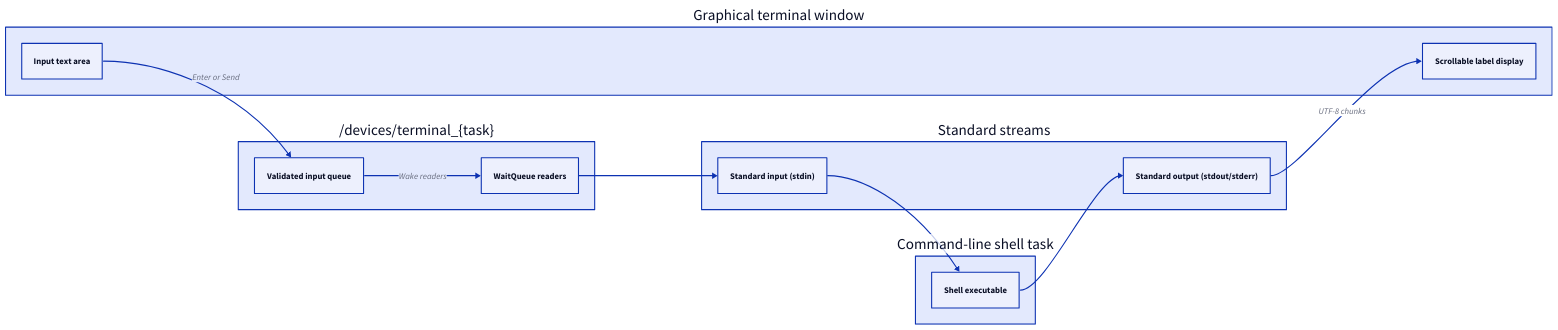
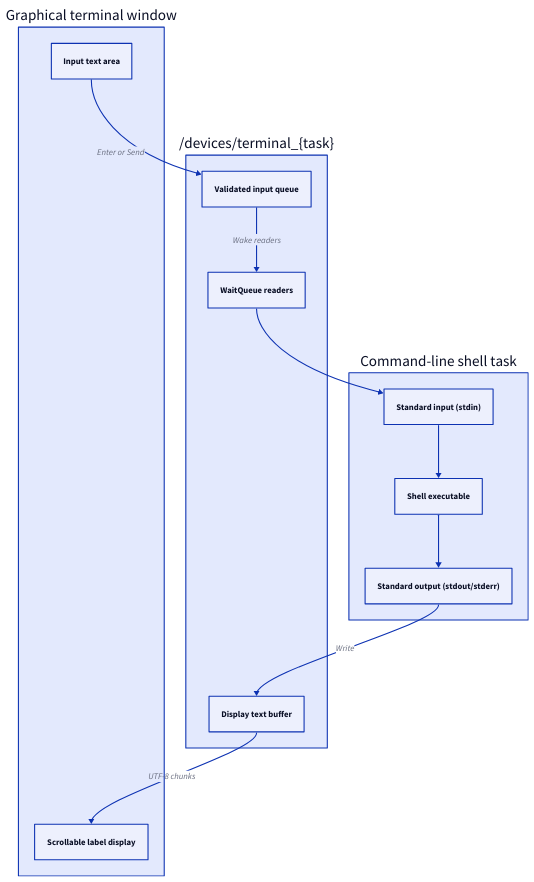
Before and after one commit to xila-project/website: the diagram in src/content/docs/explanation/architecture/executables/terminal.mdx, drawn with D2. The commit also changed 6 other files, not shown here.

First line of the commit message:
docs(diagrams): fix the layout and the classes of the executables diagrams

````diff
--- a/src/content/docs/explanation/architecture/executables/terminal.mdx
+++ b/src/content/docs/explanation/architecture/executables/terminal.mdx
@@ -31,30 +31,29 @@
-```d2 title="Data flow between the terminal window, the character device, the standard streams, and the shell task"
-direction: right
+```d2 title="Data flow between the terminal window, the character device, and the shell task"
+direction: down
 
 gui: Graphical terminal window {
   class: layer
   input: Input text area { class: io }
   display: Scrollable label display { class: io }
 }
 device: "/devices/terminal_{task}" {
   class: layer
   queue: Validated input queue { class: component }
   waiters: WaitQueue readers { class: component }
-}
-streams: Standard streams {
-  class: layer
-  stdin: "Standard input (stdin)" { class: io }
-  stdout: "Standard output (stdout/stderr)" { class: io }
+  buffer: Display text buffer { class: component }
 }
 shell: Command-line shell task {
   class: layer
+  stdin: "Standard input (stdin)" { class: io }
   executable: Shell executable { class: component }
+  stdout: "Standard output (stdout/stderr)" { class: io }
 }
 
 gui.input -> device.queue: Enter or Send
 device.queue -> device.waiters: Wake readers
-device.waiters -> streams.stdin
-streams.stdin -> shell.executable
-shell.executable -> streams.stdout
-streams.stdout -> gui.display: UTF-8 chunks
+device.waiters -> shell.stdin
+shell.stdin -> shell.executable
+shell.executable -> shell.stdout
+shell.stdout -> device.buffer: Write
+device.buffer -> gui.display: UTF-8 chunks
 ```
````
